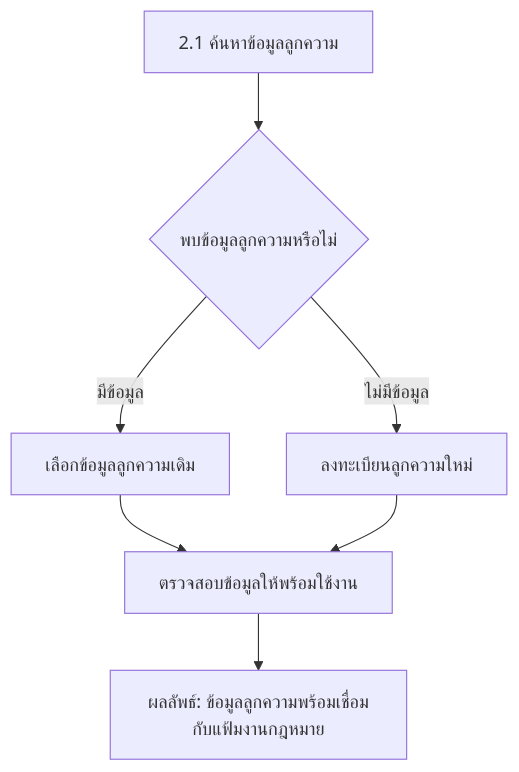
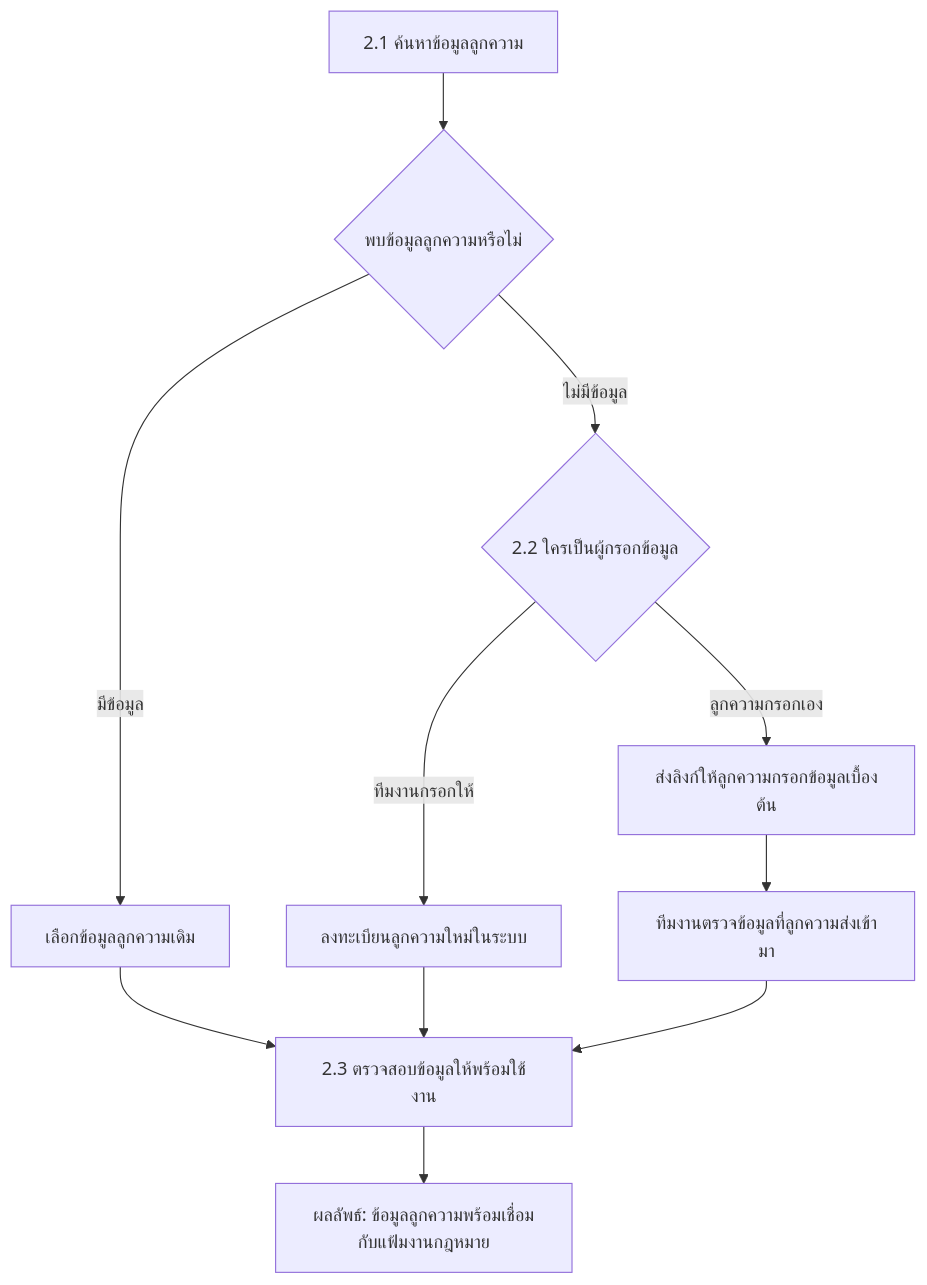
The second of 7 diagrams in docs/app/docs/workflow/page.mdx (yukasung/legal_erp_docs), drawn with Mermaid before and after one commit. The commit also changed other lines of this file and 19 other files, not shown here.

````diff
--- a/docs/app/docs/workflow/page.mdx
+++ b/docs/app/docs/workflow/page.mdx
@@ -68,9 +68,13 @@
 ```mermaid
 flowchart TD
   A["2.1 ค้นหาข้อมูลลูกความ"] --> B{"พบข้อมูลลูกความหรือไม่"}
   B -->|มีข้อมูล| C["เลือกข้อมูลลูกความเดิม"]
-  B -->|ไม่มีข้อมูล| D["ลงทะเบียนลูกความใหม่"]
-  C --> E["ตรวจสอบข้อมูลให้พร้อมใช้งาน"]
-  D --> E
-  E --> R["ผลลัพธ์: ข้อมูลลูกความพร้อมเชื่อมกับแฟ้มงานกฎหมาย"]
+  B -->|ไม่มีข้อมูล| D{"2.2 ใครเป็นผู้กรอกข้อมูล"}
+  D -->|ทีมงานกรอกให้| E["ลงทะเบียนลูกความใหม่ในระบบ"]
+  D -->|ลูกความกรอกเอง| F["ส่งลิงก์ให้ลูกความกรอกข้อมูลเบื้องต้น"]
+  F --> G["ทีมงานตรวจข้อมูลที่ลูกความส่งเข้ามา"]
+  C --> H["2.3 ตรวจสอบข้อมูลให้พร้อมใช้งาน"]
+  E --> H
+  G --> H
+  H --> R["ผลลัพธ์: ข้อมูลลูกความพร้อมเชื่อมกับแฟ้มงานกฎหมาย"]
 ```
````
